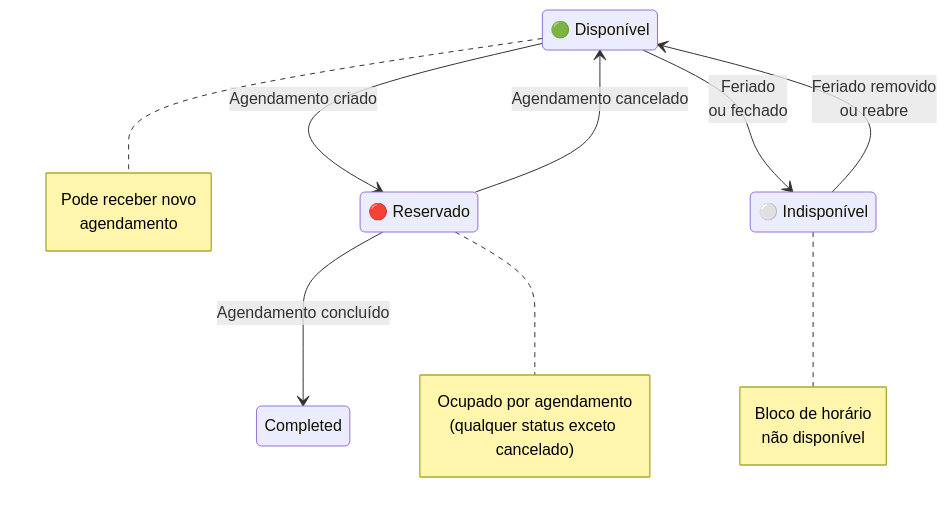
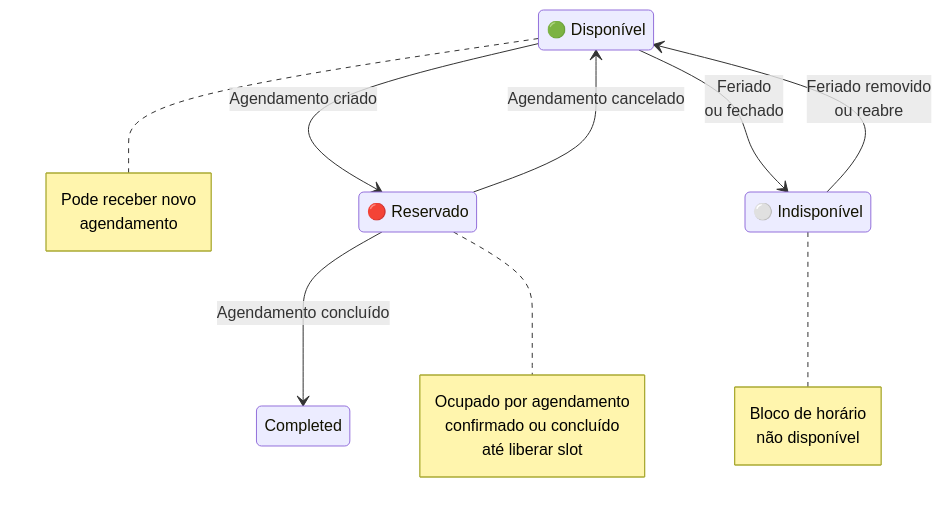
The second of 2 diagrams in docs/flow/05-appointments/diagrams/state-diagram/states.md (rspindola/agenda-xpto), drawn with Mermaid before and after one commit. The commit also changed other lines of this file and 9 other files, not shown here.

````diff
--- a/docs/flow/05-appointments/diagrams/state-diagram/states.md
+++ b/docs/flow/05-appointments/diagrams/state-diagram/states.md
@@ -58,28 +48,29 @@
 ```mermaid
 stateDiagram-v2
     Available: 🟢 Disponível
     Booked: 🔴 Reservado
     Unavailable: ⚪ Indisponível
-    
+
     Available --> Booked: Agendamento criado
     Booked --> Available: Agendamento cancelado
     Booked --> Completed: Agendamento concluído
-    
+
     Available --> Unavailable: Feriado<br/>ou fechado
     Unavailable --> Available: Feriado removido<br/>ou reabre
-    
+
     note right of Available
       Pode receber novo
       agendamento
     end note
-    
+
     note right of Booked
       Ocupado por agendamento
-      (qualquer status exceto cancelado)
+      confirmado ou concluído
+      até liberar slot
     end note
-    
+
     note right of Unavailable
       Bloco de horário
       não disponível
     end note
 ```
````
